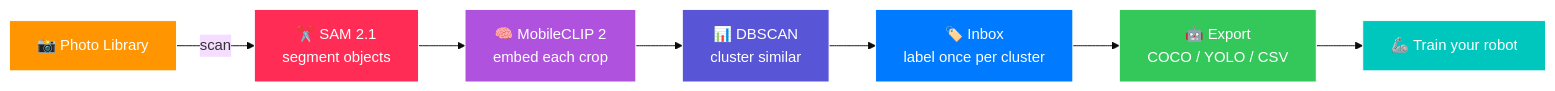
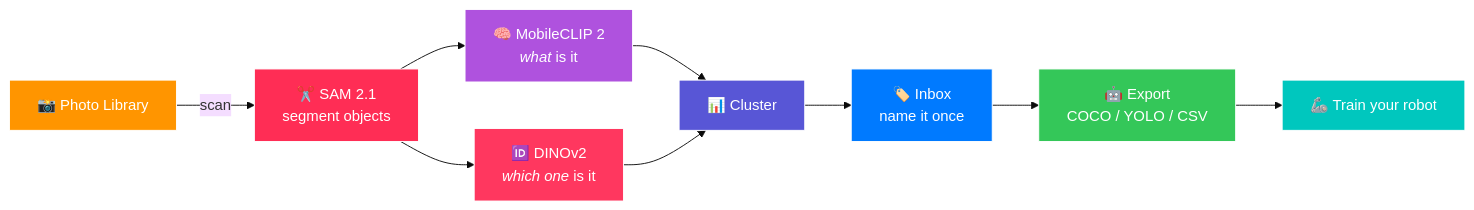
The diagram in README.md (nicedreamzapp/VisionBuilder), drawn with Mermaid (base theme) before and after one commit. The commit also changed other lines of this file, not shown here.

````diff
--- a/README.md
+++ b/README.md
@@ -94,17 +181,20 @@
 ```mermaid
 flowchart LR
     A[📸 Photo Library] -->|scan| B[✂️ SAM 2.1<br/>segment objects]
-    B --> C[🧠 MobileCLIP 2<br/>embed each crop]
-    C --> D[📊 DBSCAN<br/>cluster similar]
-    D --> E[🏷️ Inbox<br/>label once per cluster]
+    B --> C[🧠 MobileCLIP 2<br/><i>what</i> is it]
+    B --> H[🆔 DINOv2<br/><i>which one</i> is it]
+    C --> D[📊 Cluster]
+    H --> D
+    D --> E[🏷️ Inbox<br/>name it once]
     E --> F[🤖 Export<br/>COCO / YOLO / CSV]
     F --> G[🦾 Train your robot]
 
     style A fill:#FF9500,stroke:#fff,color:#fff
     style B fill:#FF2D55,stroke:#fff,color:#fff
     style C fill:#AF52DE,stroke:#fff,color:#fff
+    style H fill:#FF375F,stroke:#fff,color:#fff
     style D fill:#5856D6,stroke:#fff,color:#fff
     style E fill:#007AFF,stroke:#fff,color:#fff
     style F fill:#34C759,stroke:#fff,color:#fff
     style G fill:#00C7BE,stroke:#fff,color:#fff
 ```
````
